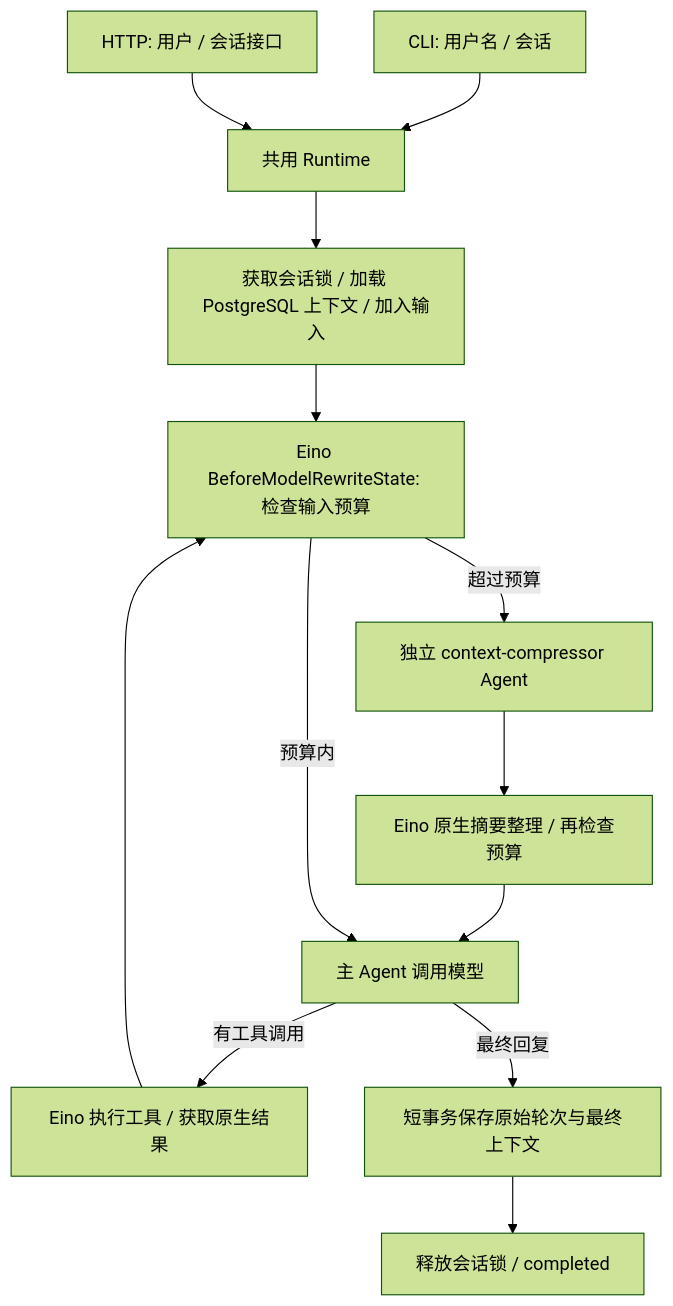
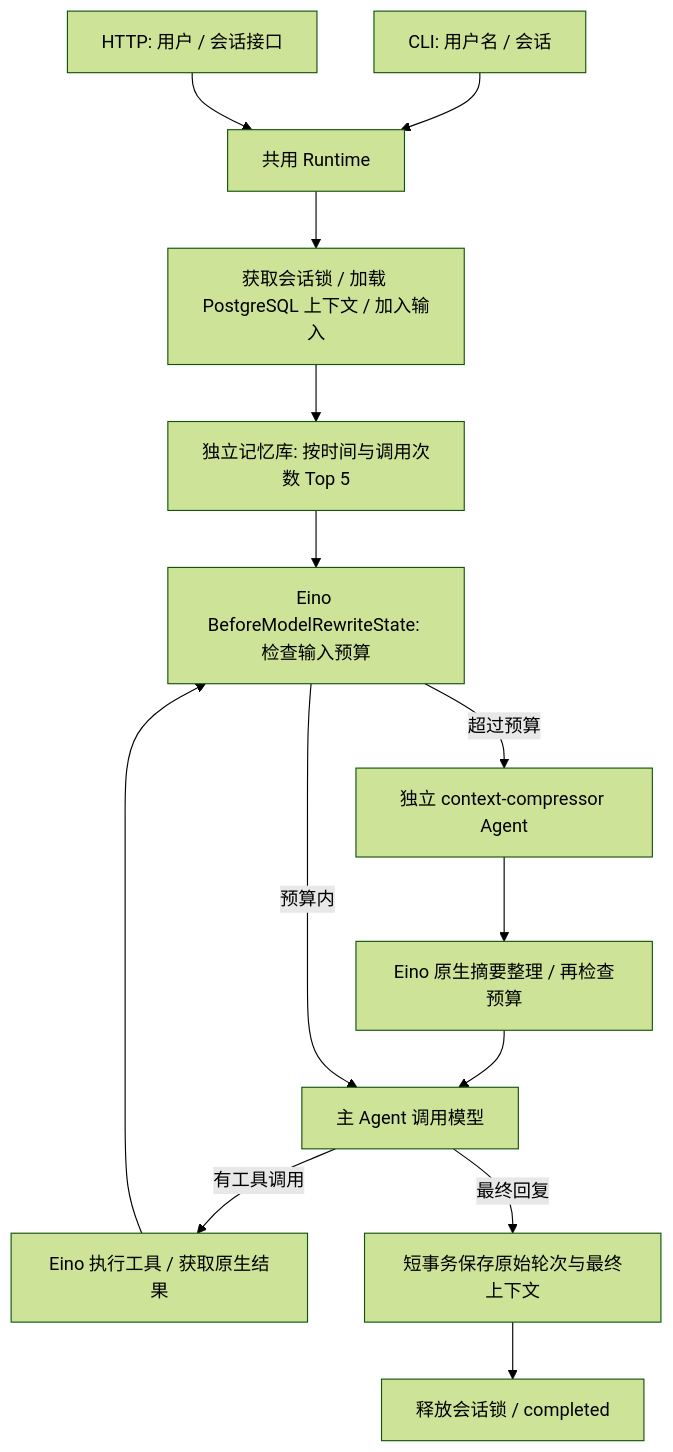
One commit to RichZDS/easygo_agent changed the diagram in README.md. Above: the diagram before and after it, drawn with Mermaid (forest theme). The commit also changed other lines of this file and 28 other files, not shown here.

````diff
--- a/README.md
+++ b/README.md
@@ -7,15 +7,17 @@
 ```mermaid
 flowchart TD
   CLI[CLI: 用户名 / 会话] --> Runtime[共用 Runtime]
   HTTP[HTTP: 用户 / 会话接口] --> Runtime
   Runtime --> Load[获取会话锁 / 加载 PostgreSQL 上下文 / 加入输入]
-  Load --> Check[Eino BeforeModelRewriteState: 检查输入预算]
+  Load --> Recall[独立记忆库: 按时间与调用次数 Top 5]
+  Recall --> Check
+  Check[Eino BeforeModelRewriteState: 检查输入预算]
   Check -->|超过预算| Summary[独立 context-compressor Agent]
   Summary --> Finalize[Eino 原生摘要整理 / 再检查预算]
   Finalize --> Model[主 Agent 调用模型]
   Check -->|预算内| Model
   Model -->|有工具调用| Tools[Eino 执行工具 / 获取原生结果]
   Tools --> Check
   Model -->|最终回复| Save[短事务保存原始轮次与最终上下文]
   Save --> Done[释放会话锁 / completed]
 ```
````
